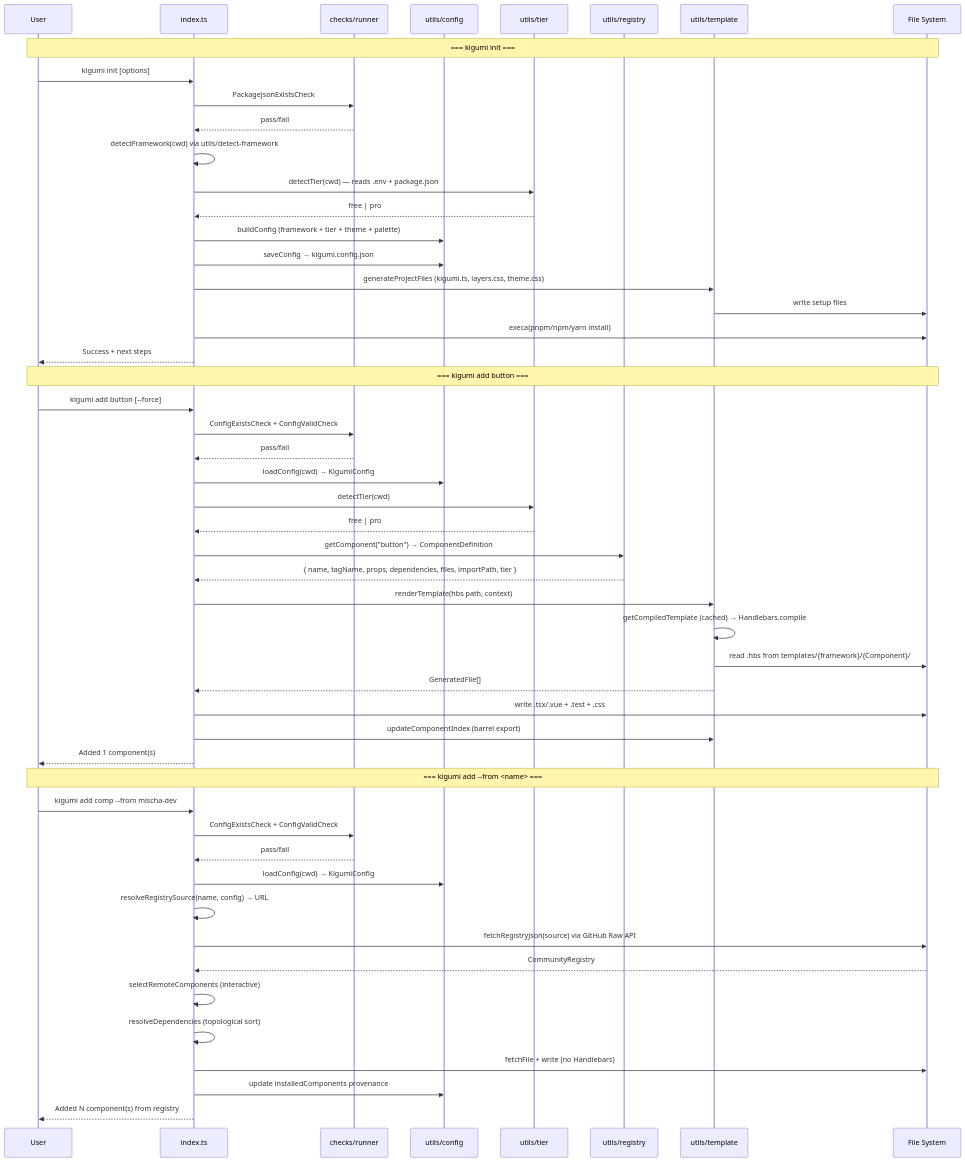
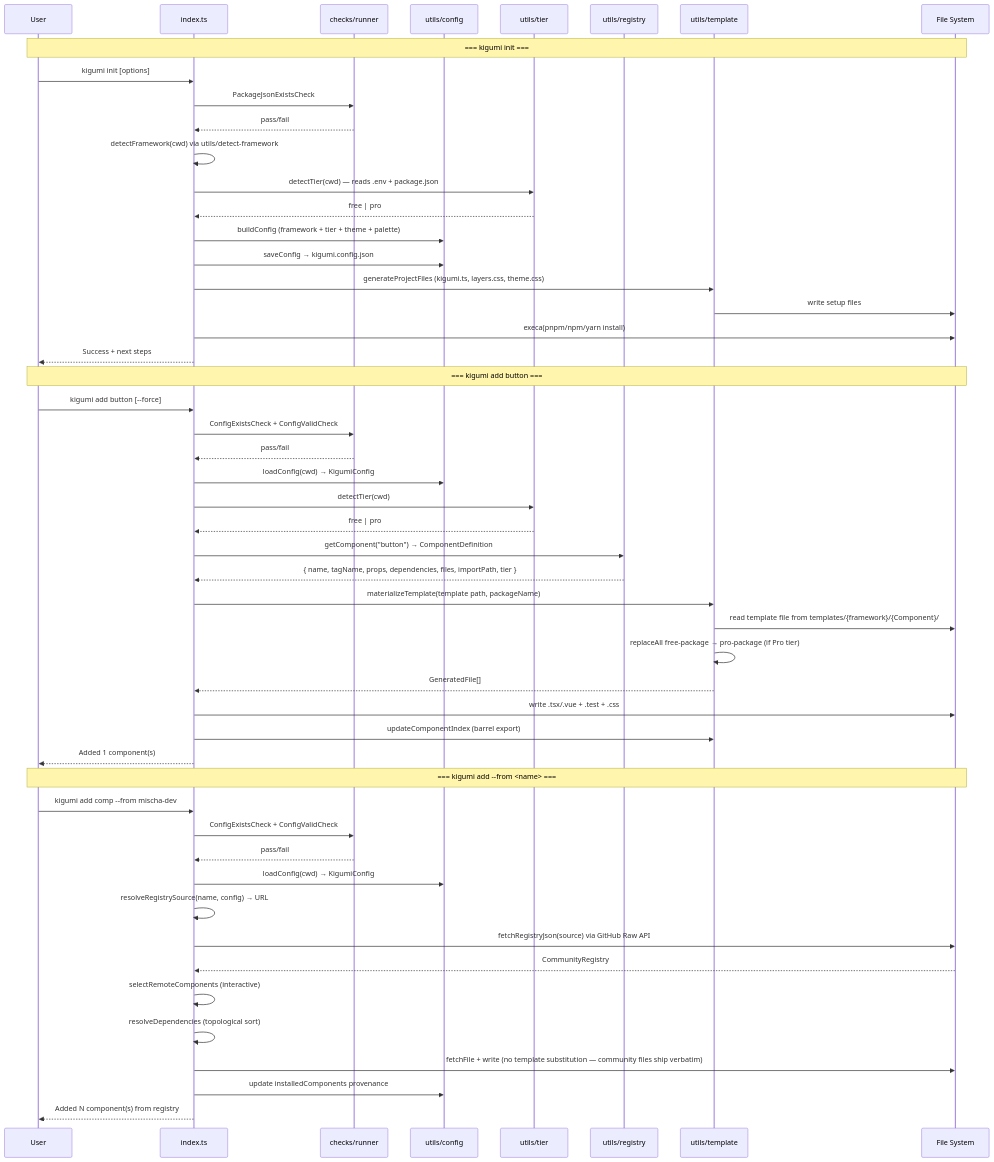
One commit to kigumi-ui/kigumi-cli changed the second of 4 diagrams in AGENTS.md. Above: the diagram before and after it, drawn with Mermaid. The commit also changed other lines of this file and 1229 other files, not shown here.

First line of the commit message:
feat(templates): remove Handlebars (#121)

````diff
--- a/AGENTS.md
+++ b/AGENTS.md
@@ -497,56 +499,56 @@
 ```mermaid
 sequenceDiagram
     participant User
     participant CLI as index.ts
     participant Checks as checks/runner
     participant Config as utils/config
     participant Tier as utils/tier
     participant Reg as utils/registry
     participant Tpl as utils/template
     participant FS as File System
 
     Note over User,FS: === kigumi init ===
     User->>CLI: kigumi init [options]
     CLI->>Checks: PackageJsonExistsCheck
     Checks-->>CLI: pass/fail
     CLI->>CLI: detectFramework(cwd) via utils/detect-framework
     CLI->>Tier: detectTier(cwd) — reads .env + package.json
     Tier-->>CLI: free | pro
     CLI->>Config: buildConfig (framework + tier + theme + palette)
     CLI->>Config: saveConfig → kigumi.config.json
     CLI->>Tpl: generateProjectFiles (kigumi.ts, layers.css, theme.css)
     Tpl->>FS: write setup files
     CLI->>FS: execa(pnpm/npm/yarn install)
     CLI-->>User: Success + next steps
 
     Note over User,FS: === kigumi add button ===
     User->>CLI: kigumi add button [--force]
     CLI->>Checks: ConfigExistsCheck + ConfigValidCheck
     Checks-->>CLI: pass/fail
     CLI->>Config: loadConfig(cwd) → KigumiConfig
     CLI->>Tier: detectTier(cwd)
     Tier-->>CLI: free | pro
     CLI->>Reg: getComponent("button") → ComponentDefinition
     Reg-->>CLI: { name, tagName, props, dependencies, files, importPath, tier }
-    CLI->>Tpl: renderTemplate(hbs path, context)
-    Tpl->>Tpl: getCompiledTemplate (cached) → Handlebars.compile
-    Tpl->>FS: read .hbs from templates/{framework}/{Component}/
+    CLI->>Tpl: materializeTemplate(template path, packageName)
+    Tpl->>FS: read template file from templates/{framework}/{Component}/
+    Tpl->>Tpl: replaceAll free-package → pro-package (if Pro tier)
     Tpl-->>CLI: GeneratedFile[]
     CLI->>FS: write .tsx/.vue + .test + .css
     CLI->>Tpl: updateComponentIndex (barrel export)
     CLI-->>User: Added 1 component(s)
 
     Note over User,FS: === kigumi add --from <name> ===
     User->>CLI: kigumi add comp --from mischa-dev
     CLI->>Checks: ConfigExistsCheck + ConfigValidCheck
     Checks-->>CLI: pass/fail
     CLI->>Config: loadConfig(cwd) → KigumiConfig
     CLI->>CLI: resolveRegistrySource(name, config) → URL
     CLI->>FS: fetchRegistryJson(source) via GitHub Raw API
     FS-->>CLI: CommunityRegistry
     CLI->>CLI: selectRemoteComponents (interactive)
     CLI->>CLI: resolveDependencies (topological sort)
-    CLI->>FS: fetchFile + write (no Handlebars)
+    CLI->>FS: fetchFile + write (no template substitution — community files ship verbatim)
     CLI->>Config: update installedComponents provenance
     CLI-->>User: Added N component(s) from registry
 ```
````
